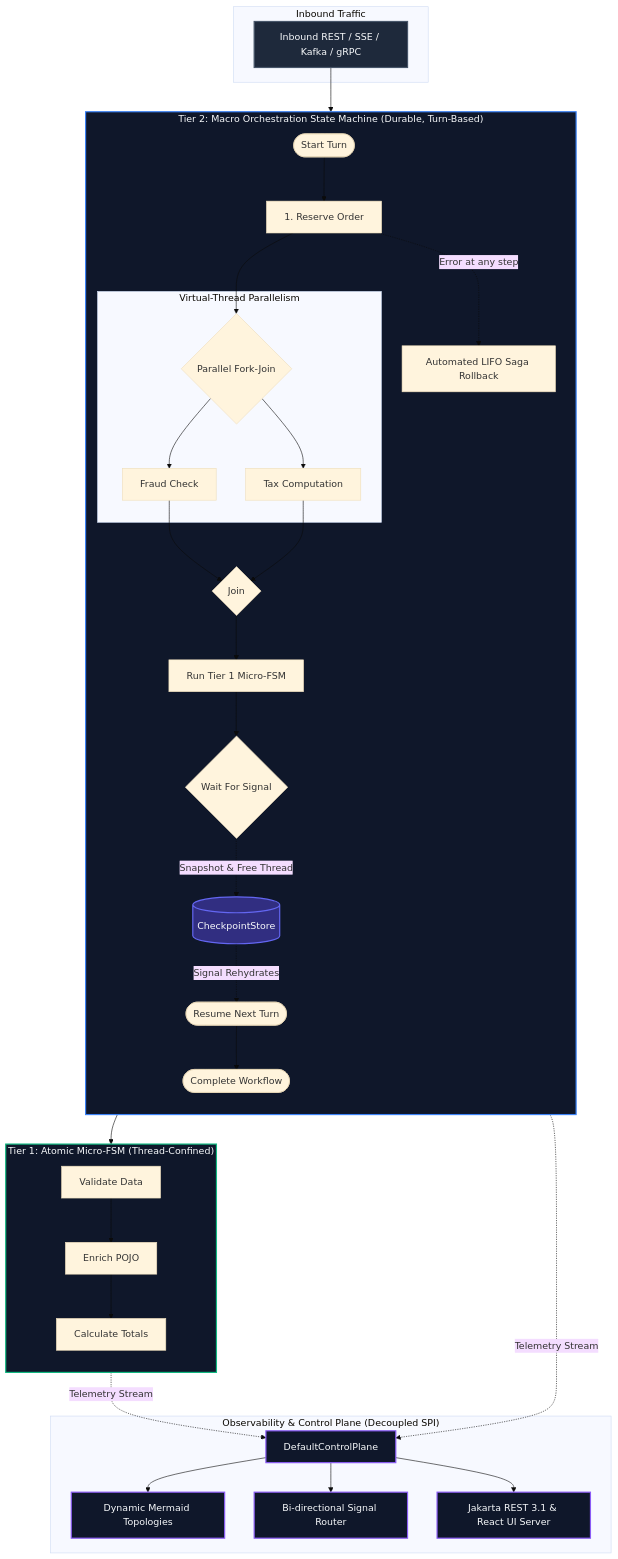
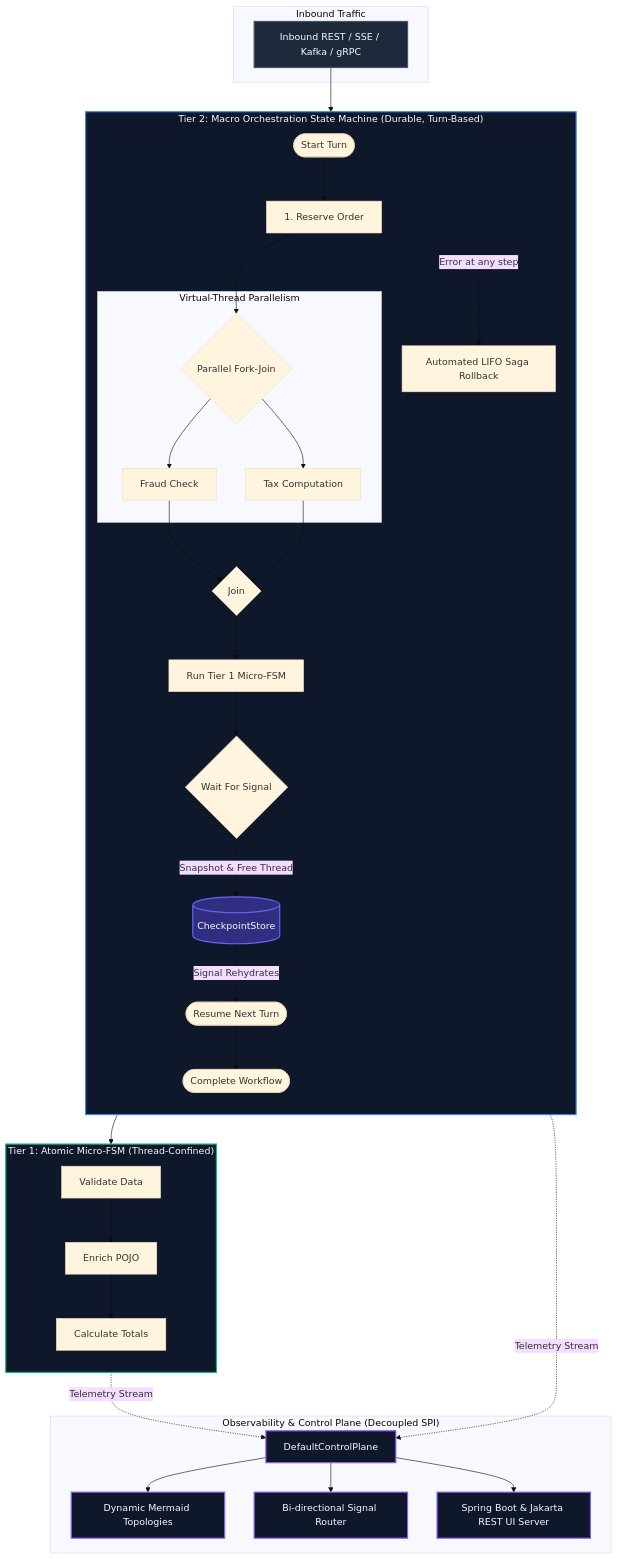
The first of 2 diagrams in README.md (f442y/dispersion), drawn with Mermaid (base theme) before and after one commit. The commit also changed other lines of this file and 29 other files, not shown here.

````diff
--- a/README.md
+++ b/README.md
@@ -95,55 +95,55 @@
 ```mermaid
 graph TD
     classDef client fill:#1e293b,stroke:#475569,stroke-width:2px,color:#f8fafc;
     classDef tier2 fill:#0f172a,stroke:#3b82f6,stroke-width:2px,color:#f8fafc;
     classDef tier1 fill:#0f172a,stroke:#10b981,stroke-width:2px,color:#f8fafc;
     classDef control fill:#0f172a,stroke:#8b5cf6,stroke-width:2px,color:#f8fafc;
     classDef store fill:#312e81,stroke:#6366f1,stroke-width:2px,color:#f8fafc;
 
     subgraph Client["Inbound Traffic"]
         REQ["Inbound REST / SSE / Kafka / gRPC"]:::client
     end
 
     subgraph Tier2["Tier 2: Macro Orchestration State Machine (Durable, Turn-Based)"]
         direction TB
         START_TURN(["Start Turn"]) --> S1["1. Reserve Order"]
         S1 --> FORK{"Parallel Fork-Join"}
 
         subgraph Concurrency["Virtual-Thread Parallelism"]
             FORK --> B1["Fraud Check"]
             FORK --> B2["Tax Computation"]
         end
 
         B1 & B2 --> JOIN{"Join"}
         JOIN --> EMBED["Run Tier 1 Micro-FSM"]
 
         EMBED --> SUSPEND{"Wait For Signal"}
         SUSPEND -.->|"Snapshot & Free Thread"| CP[("CheckpointStore")]:::store
         CP -.->|"Signal Rehydrates"| RESUME(["Resume Next Turn"])
         RESUME --> FINISH(["Complete Workflow"])
 
         S1 -.->|"Error at any step"| SAGA["Automated LIFO Saga Rollback"]
     end
 
     subgraph Tier1["Tier 1: Atomic Micro-FSM (Thread-Confined)"]
         direction TB
         A1["Validate Data"] --> A2["Enrich POJO"] --> A3["Calculate Totals"]
     end
 
     subgraph Ctrl["Observability & Control Plane (Decoupled SPI)"]
         DCP["DefaultControlPlane"]:::control
         TOP["Dynamic Mermaid Topologies"]:::control
         ROUT["Bi-directional Signal Router"]:::control
-        SRV["Jakarta REST 3.1 & React UI Server"]:::control
+        SRV["Spring Boot & Jakarta REST UI Server"]:::control
         DCP --> TOP & ROUT
         DCP --> SRV
     end
 
     REQ --> Tier2
     EMBED --> Tier1
     Tier1 -.->|"Telemetry Stream"| DCP
     Tier2 -.->|"Telemetry Stream"| DCP
 
     class Tier2 tier2;
     class Tier1 tier1;
 ```
````
